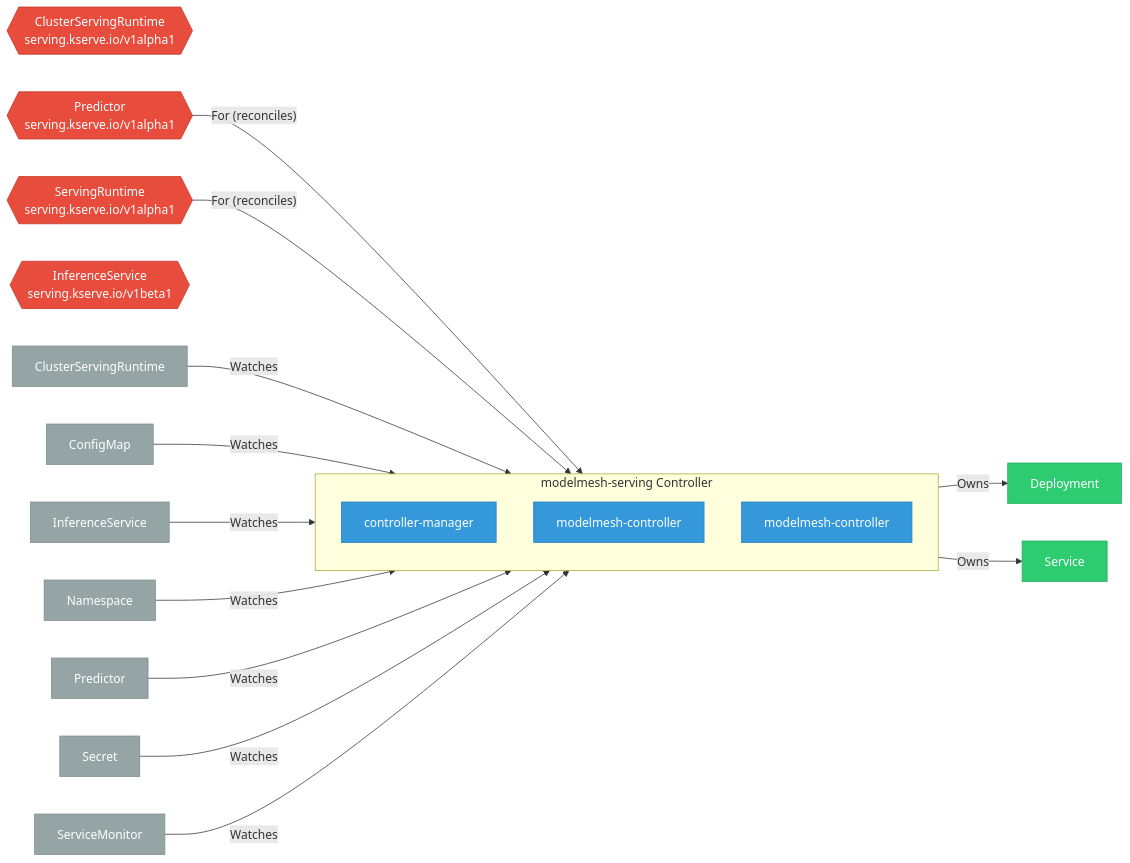
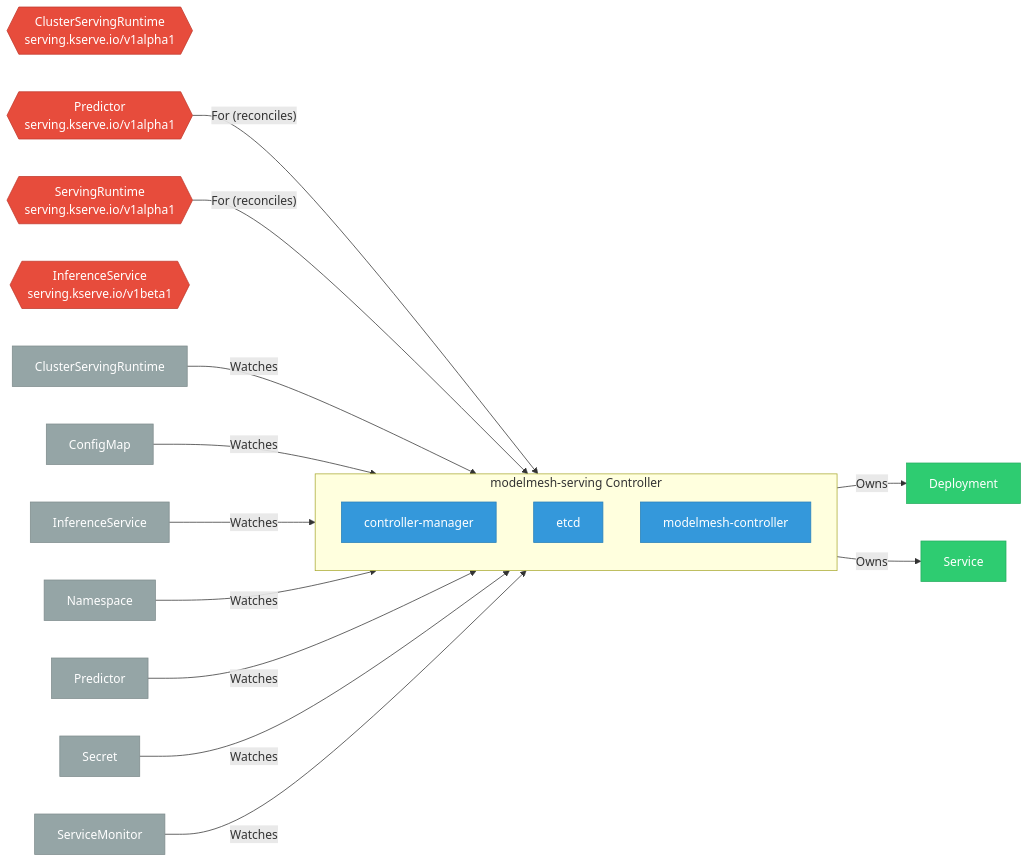
The diagram in site/docs/odh-platform/components/modelmesh_serving/index.md (ugiordan/architecture-analyzer), drawn with Mermaid before and after one commit. The commit also changed other lines of this file and 299 other files, not shown here.

````diff
--- a/site/docs/odh-platform/components/modelmesh_serving/index.md
+++ b/site/docs/odh-platform/components/modelmesh_serving/index.md
@@ -25,48 +25,48 @@
 ```mermaid
 graph LR
     %% Component architecture for modelmesh-serving
 
     classDef crd fill:#e74c3c,stroke:#c0392b,color:#fff
     classDef controller fill:#3498db,stroke:#2980b9,color:#fff
     classDef owned fill:#2ecc71,stroke:#27ae60,color:#fff
     classDef external fill:#95a5a6,stroke:#7f8c8d,color:#fff
     classDef dep fill:#f39c12,stroke:#e67e22,color:#fff
 
     subgraph controller["modelmesh-serving Controller"]
         dep_1["controller-manager"]
         class dep_1 controller
-        dep_2["modelmesh-controller"]
+        dep_2["etcd"]
         class dep_2 controller
         dep_3["modelmesh-controller"]
         class dep_3 controller
     end
 
     crd_ClusterServingRuntime{{"ClusterServingRuntime\nserving.kserve.io/v1alpha1"}}
     class crd_ClusterServingRuntime crd
     crd_Predictor{{"Predictor\nserving.kserve.io/v1alpha1"}}
     class crd_Predictor crd
     crd_Predictor -->|"For (reconciles)"| controller
     crd_ServingRuntime{{"ServingRuntime\nserving.kserve.io/v1alpha1"}}
     class crd_ServingRuntime crd
     crd_ServingRuntime -->|"For (reconciles)"| controller
     crd_InferenceService{{"InferenceService\nserving.kserve.io/v1beta1"}}
     class crd_InferenceService crd
     controller -->|"Owns"| owned_4["Deployment"]
     class owned_4 owned
     controller -->|"Owns"| owned_5["Service"]
     class owned_5 owned
     watch_6["ClusterServingRuntime"] -->|"Watches"| controller
     class watch_6 external
     watch_7["ConfigMap"] -->|"Watches"| controller
     class watch_7 external
     watch_8["InferenceService"] -->|"Watches"| controller
     class watch_8 external
     watch_9["Namespace"] -->|"Watches"| controller
     class watch_9 external
     watch_10["Predictor"] -->|"Watches"| controller
     class watch_10 external
     watch_11["Secret"] -->|"Watches"| controller
     class watch_11 external
     watch_12["ServiceMonitor"] -->|"Watches"| controller
     class watch_12 external
 ```
````
